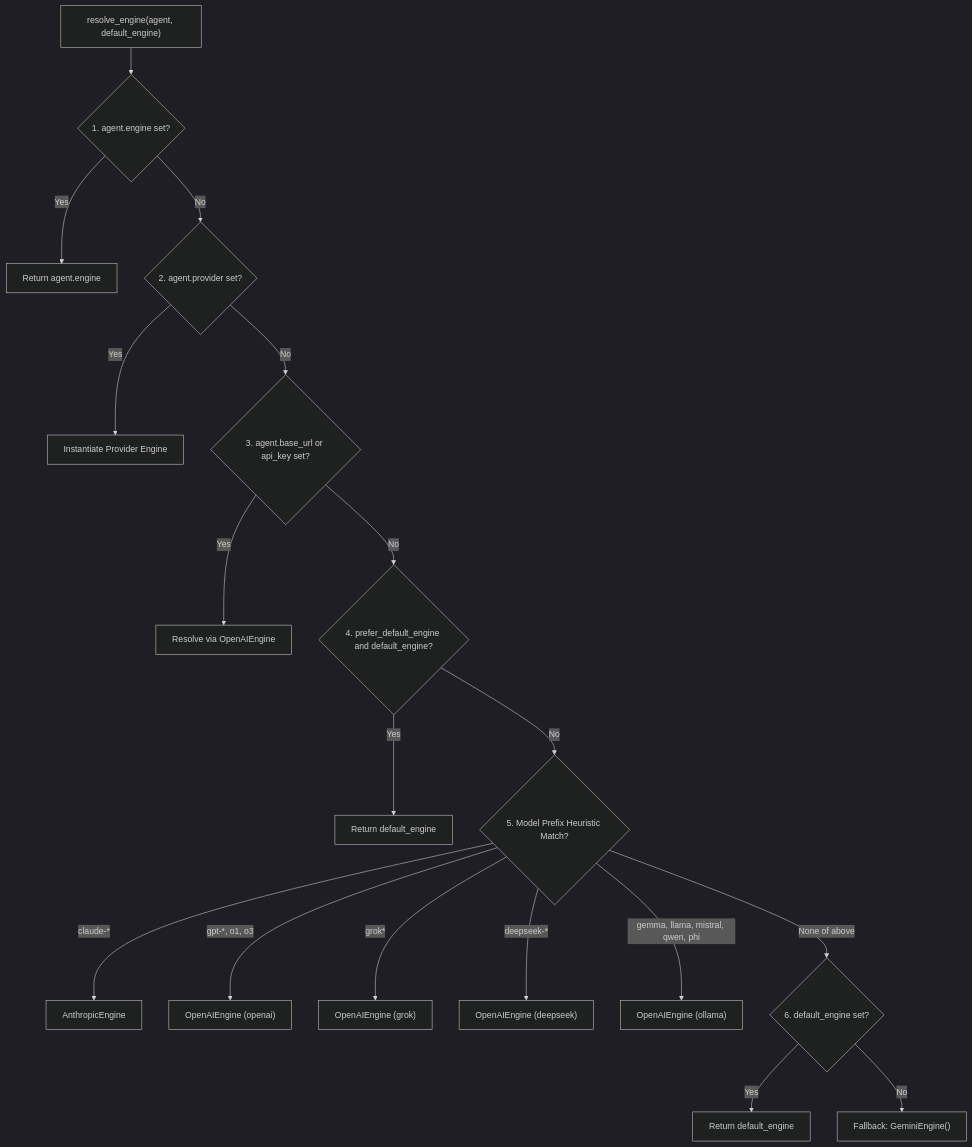
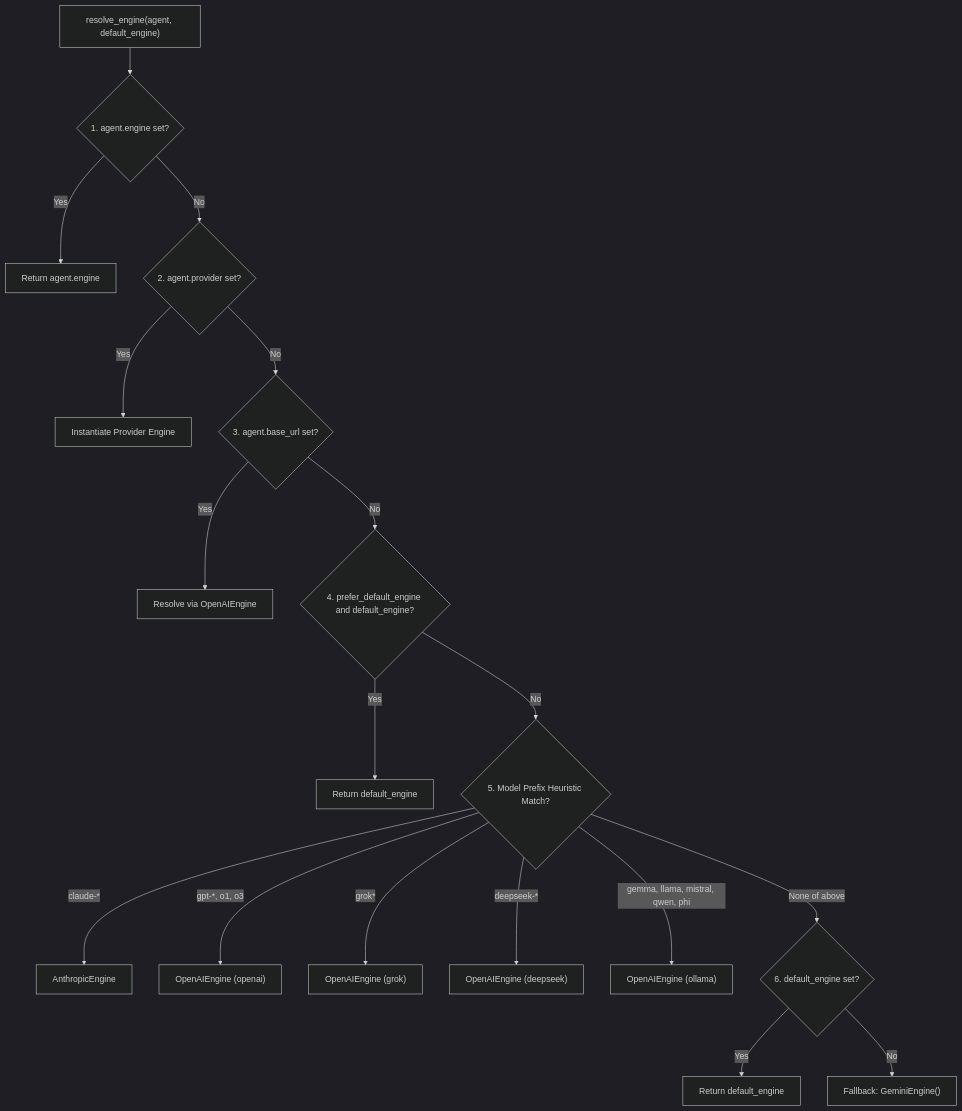
One commit to GustavoBaranda/chatflow-agent-web changed the diagram in content/docs/en/v0.4/providers/index.mdx. Above: the diagram before and after it, drawn with Mermaid (dark theme). The commit also changed other lines of this file and 133 other files, not shown here.

````diff
--- a/content/docs/en/v0.4/providers/index.mdx
+++ b/content/docs/en/v0.4/providers/index.mdx
@@ -91,20 +91,20 @@
 ```mermaid
 flowchart TD
     Start["resolve_engine(agent, default_engine)"] --> C1{"1. agent.engine set?"}
     C1 -- Yes --> R1["Return agent.engine"]
     C1 -- No --> C2{"2. agent.provider set?"}
     C2 -- Yes --> R2["Instantiate Provider Engine"]
-    C2 -- No --> C3{"3. agent.base_url or api_key set?"}
+    C2 -- No --> C3{"3. agent.base_url set?"}
     C3 -- Yes --> R3["Resolve via OpenAIEngine"]
     C3 -- No --> C4{"4. prefer_default_engine and default_engine?"}
     C4 -- Yes --> R4["Return default_engine"]
     C4 -- No --> C5{"5. Model Prefix Heuristic Match?"}
     C5 -- claude-* --> R5A["AnthropicEngine"]
     C5 -- gpt-*, o1, o3 --> R5B["OpenAIEngine (openai)"]
     C5 -- grok* --> R5C["OpenAIEngine (grok)"]
     C5 -- deepseek-* --> R5D["OpenAIEngine (deepseek)"]
     C5 -- gemma, llama, mistral, qwen, phi --> R5E["OpenAIEngine (ollama)"]
     C5 -- None of above --> C6{"6. default_engine set?"}
     C6 -- Yes --> R6["Return default_engine"]
     C6 -- No --> R7["Fallback: GeminiEngine()"]
 ```
````
